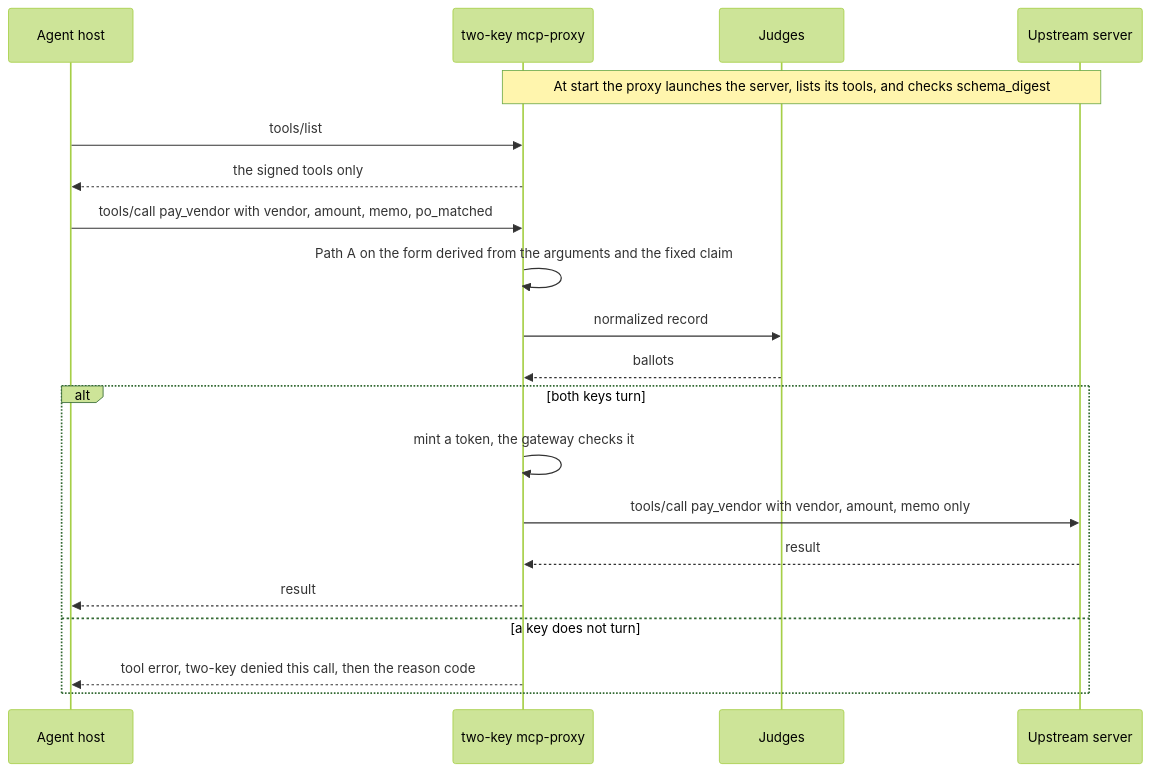
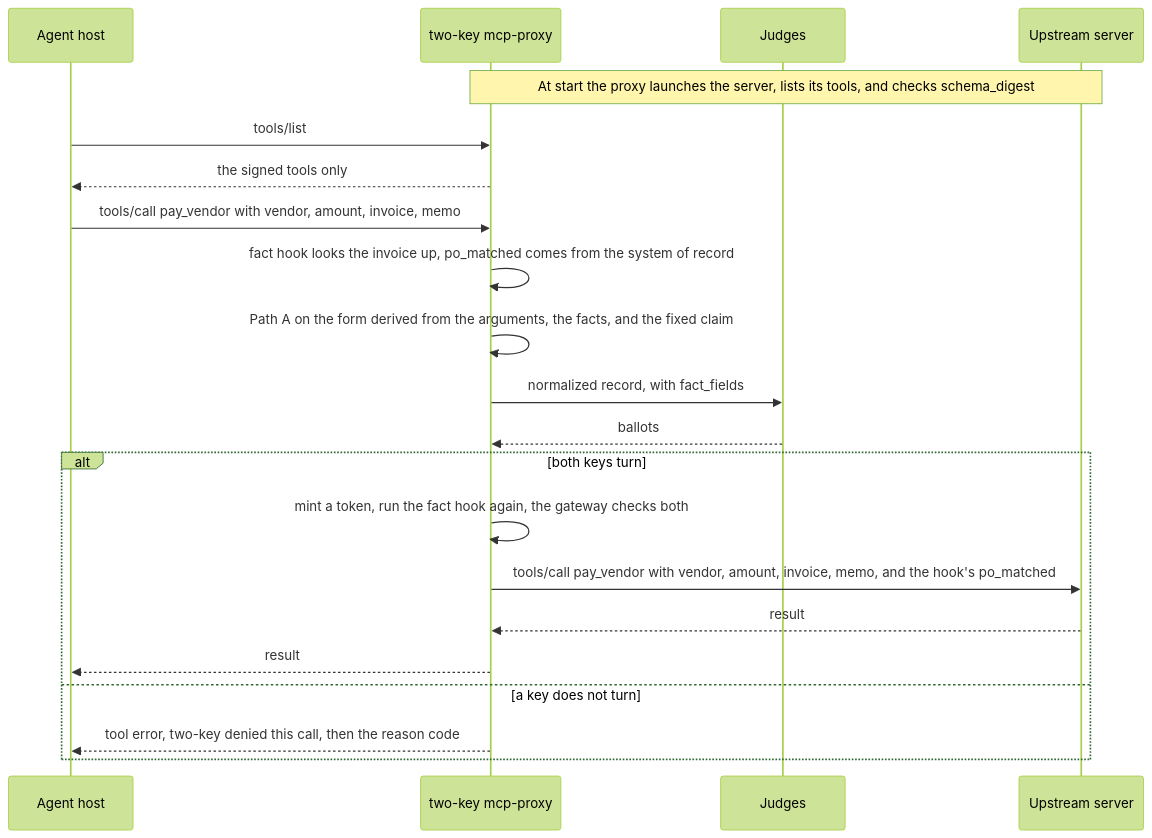
Before and after one commit to Insomniac-VibeLabs/two-key: the fourth of 4 diagrams in docs/HOWTO.md, drawn with Mermaid (forest theme). The commit also changed other lines of this file and 32 other files, not shown here.

````diff
--- a/docs/HOWTO.md
+++ b/docs/HOWTO.md
@@ -1138,22 +1267,23 @@
 ```mermaid
 sequenceDiagram
   participant Host as Agent host
   participant Proxy as two-key mcp-proxy
   participant Judges
   participant Up as Upstream server
   Note over Proxy,Up: At start the proxy launches the server, lists its tools, and checks schema_digest
   Host->>Proxy: tools/list
   Proxy-->>Host: the signed tools only
-  Host->>Proxy: tools/call pay_vendor with vendor, amount, memo, po_matched
-  Proxy->>Proxy: Path A on the form derived from the arguments and the fixed claim
-  Proxy->>Judges: normalized record
+  Host->>Proxy: tools/call pay_vendor with vendor, amount, invoice, memo
+  Proxy->>Proxy: fact hook looks the invoice up, po_matched comes from the system of record
+  Proxy->>Proxy: Path A on the form derived from the arguments, the facts, and the fixed claim
+  Proxy->>Judges: normalized record, with fact_fields
   Judges-->>Proxy: ballots
   alt both keys turn
-    Proxy->>Proxy: mint a token, the gateway checks it
-    Proxy->>Up: tools/call pay_vendor with vendor, amount, memo only
+    Proxy->>Proxy: mint a token, run the fact hook again, the gateway checks both
+    Proxy->>Up: tools/call pay_vendor with vendor, amount, invoice, memo, and the hook's po_matched
     Up-->>Proxy: result
     Proxy-->>Host: result
   else a key does not turn
     Proxy-->>Host: tool error, two-key denied this call, then the reason code
   end
 ```
````
